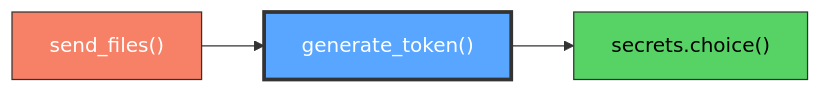
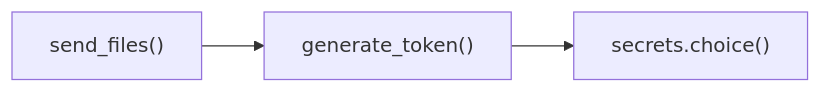
One commit to proudsunburn/ftransfer changed the diagram in docs/generate_token.md. Above: the diagram before and after it, drawn with Mermaid. The commit also changed 23 other files, not shown here.

Commit message:
MINOR: Remove colors from mermaid for easy light/dark mode switching

````diff
--- a/docs/generate_token.md
+++ b/docs/generate_token.md
@@ -11,13 +11,9 @@
 ```mermaid
 graph LR
-    send_files["send_files()"]:::red
-    generate_token["generate_token()"]:::highlight
-    secrets_choice["secrets.choice()"]:::green
+    send_files["send_files()"]
+    generate_token["generate_token()"]
+    secrets_choice["secrets.choice()"]
 
     send_files --> generate_token
     generate_token --> secrets_choice
-
-    classDef red fill:#f78166,stroke:#333,color:#fff
-    classDef highlight fill:#58a6ff,stroke:#333,color:#fff,stroke-width:3px
-    classDef green fill:#56d364,stroke:#333,color:#000
 ```
````
